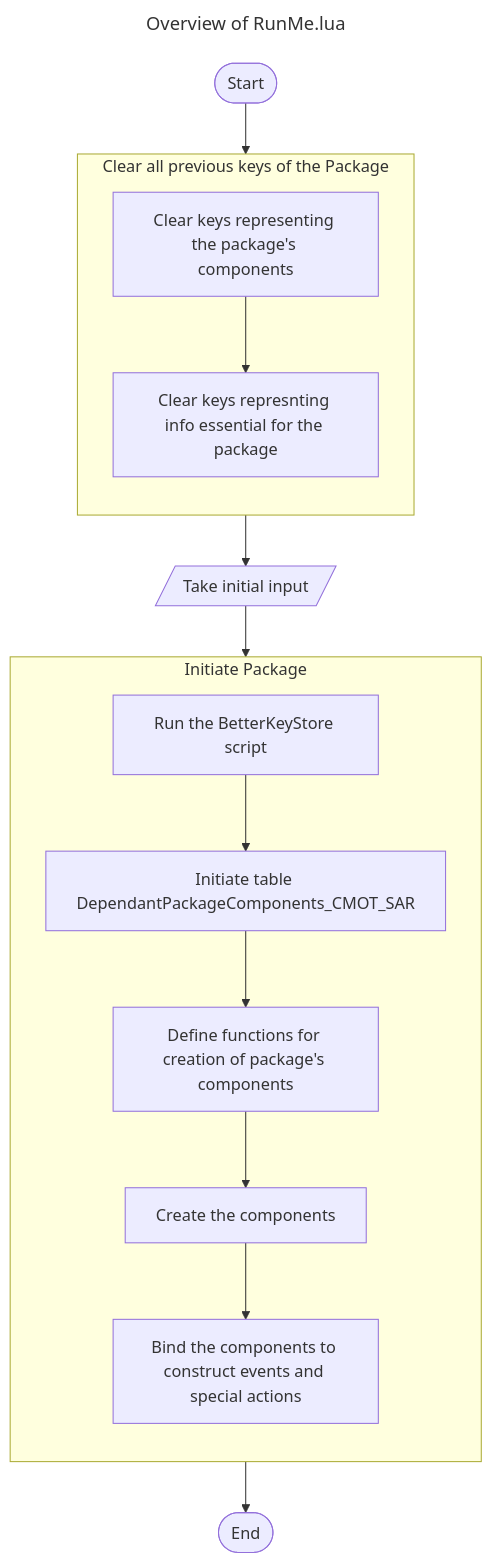
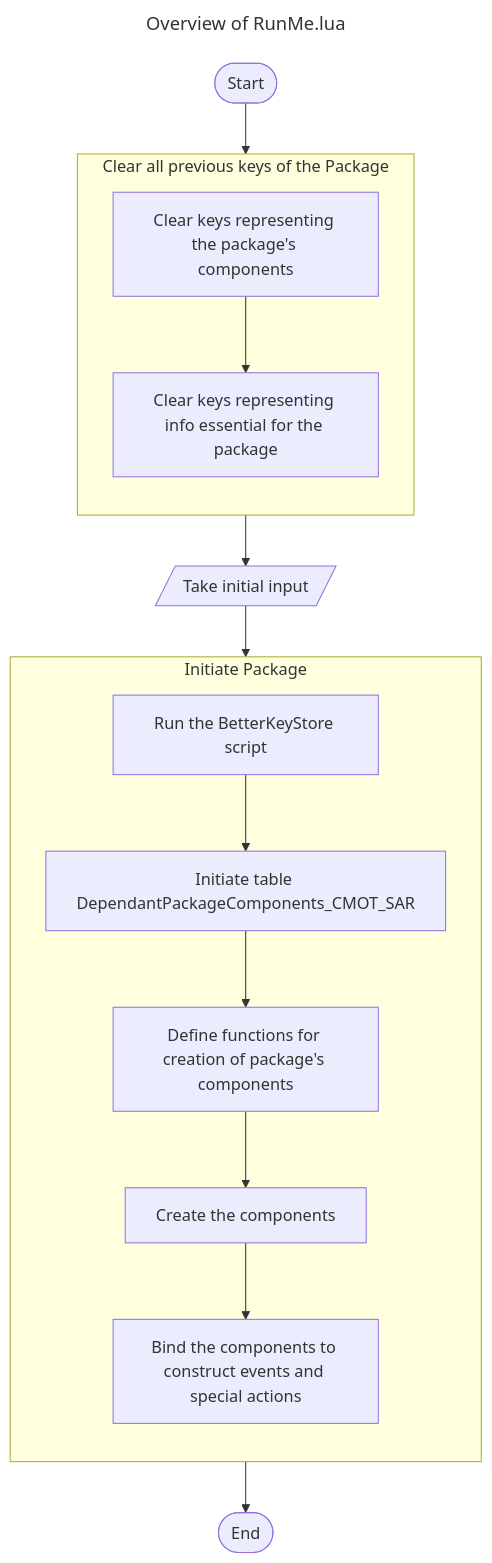
The diagram in CMOT Feature Packs/Downed Unit Creates Survivors/README.md (Mebanseibor/Command-Modern-Operations), drawn with Mermaid before and after one commit. The commit also changed other lines of this file, not shown here.

````diff
--- a/CMOT Feature Packs/Downed Unit Creates Survivors/README.md
+++ b/CMOT Feature Packs/Downed Unit Creates Survivors/README.md
@@ -180,34 +180,34 @@
 ```mermaid
 ---
 title: Overview of RunMe.lua
 ---
 flowchart
     Start([Start])
     End([End])
     InputInitial[/Take initial input/]
 
     %% SubgraphClearPackageKeys
     subgraph SubgraphClearPackageKeys [Clear all previous keys of the Package]
         direction TB
         ClearPackageKeysComponents[Clear keys representing the package's components]
-        ClearPackageKeysOthers[Clear keys represnting info essential for the package]
+        ClearPackageKeysOthers[Clear keys representing info essential for the package]
 
         ClearPackageKeysComponents --> ClearPackageKeysOthers
     end
 
     %% SubgraphInitiatePackage
     subgraph SubgraphInitiatePackage [Initiate Package]
         direction TB
         RunBetterKeyStore[Run the BetterKeyStore script]
         InitialDependantPackageComponents_CMOT_SAR[Initiate table DependantPackageComponents_CMOT_SAR]
         DefineFunctionsPackageComponents[Define functions for creation of package's components]
         CreateComponents[Create the components]
         BindEvents[Bind the components to construct events and special actions]
         
 
 
         RunBetterKeyStore --> InitialDependantPackageComponents_CMOT_SAR --> DefineFunctionsPackageComponents --> CreateComponents --> BindEvents
     end
 
     Start --> SubgraphClearPackageKeys --> InputInitial --> SubgraphInitiatePackage --> End
 ```
````
